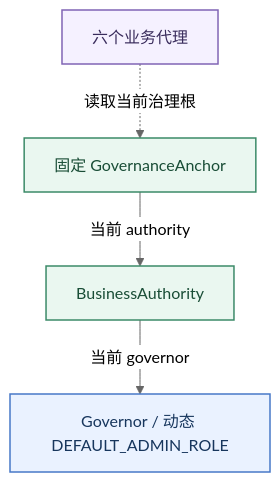
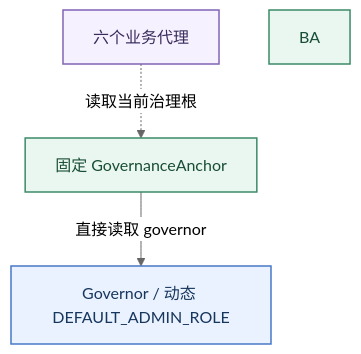
One commit to okx/tsv changed the fourth of 7 diagrams in docs/SYSTEMS_OVERVIEW.md. Above: the diagram before and after it, drawn with Mermaid (neutral theme). The commit also changed other lines of this file and 121 other files, not shown here.

````diff
--- a/docs/SYSTEMS_OVERVIEW.md
+++ b/docs/SYSTEMS_OVERVIEW.md
@@ -542,11 +561,10 @@
 ```mermaid
 flowchart TB
   PX["六个业务代理"] -.->|"读取当前治理根"| AN["固定 GovernanceAnchor"]
-  AN -->|"当前 authority"| BA["BusinessAuthority"]
-  BA -->|"当前 governor"| GOV["Governor / 动态 DEFAULT_ADMIN_ROLE"]
+  AN -->|"直接读取 governor"| GOV["Governor / 动态 DEFAULT_ADMIN_ROLE"]
 
   style PX fill:#F5F1FF,stroke:#8064B5,color:#392C5C,stroke-width:1.5px
   style AN fill:#EAF7F0,stroke:#3B8A68,color:#194D36,stroke-width:1.5px
   style BA fill:#EAF7F0,stroke:#3B8A68,color:#194D36,stroke-width:1.5px
   style GOV fill:#EAF2FF,stroke:#4778C7,color:#17365D,stroke-width:1.5px
 ```
````
